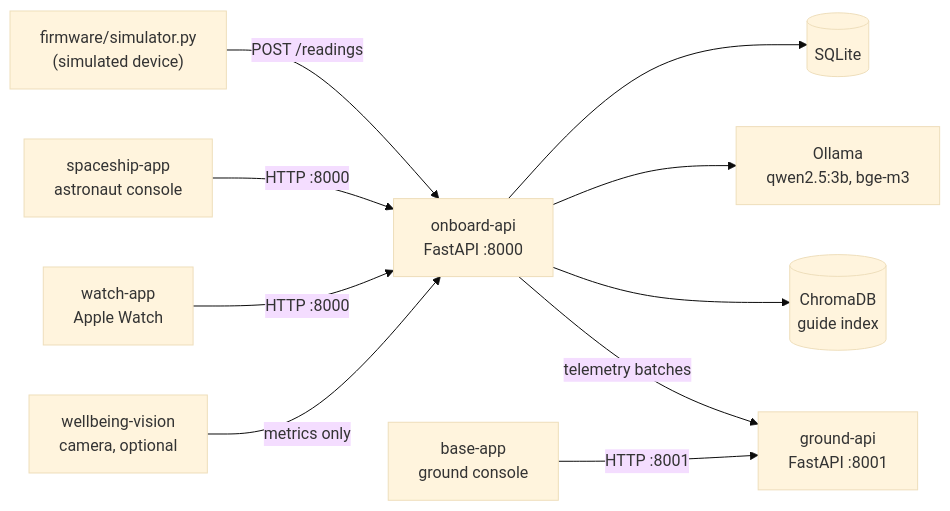
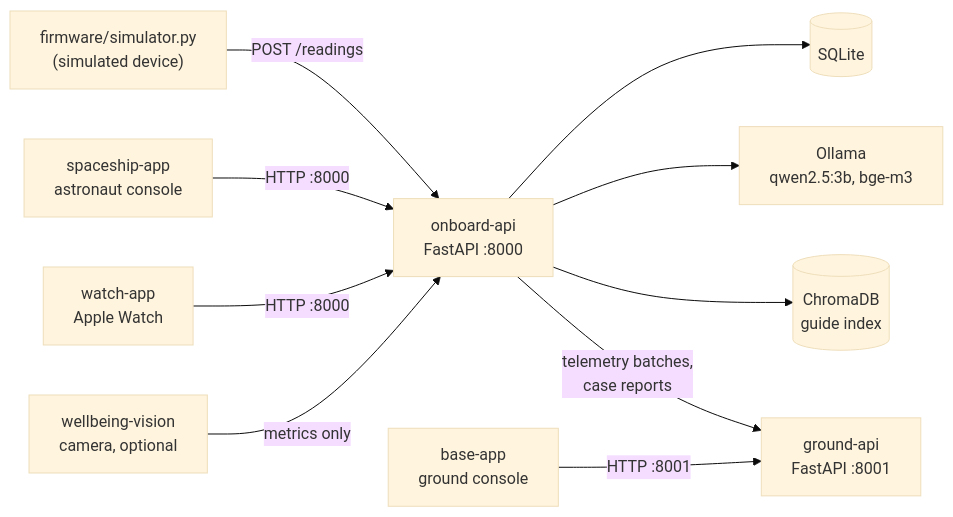
Before and after one commit to rubenyh/SpaceApps-2026: the diagram in README.md, drawn with Mermaid (base theme). The commit also changed other lines of this file and 7 other files, not shown here.

````diff
--- a/README.md
+++ b/README.md
@@ -14,12 +14,12 @@
 ```mermaid
 flowchart LR
     Sim["firmware/simulator.py<br/>(simulated device)"] -- "POST /readings" --> API
     Console["spaceship-app<br/>astronaut console"] -- "HTTP :8000" --> API
     Watch["watch-app<br/>Apple Watch"] -- "HTTP :8000" --> API
     Vision["wellbeing-vision<br/>camera, optional"] -- "metrics only" --> API
     API["onboard-api<br/>FastAPI :8000"] --> DB[("SQLite")]
     API --> Ollama["Ollama<br/>qwen2.5:3b, bge-m3"]
     API --> Chroma[("ChromaDB<br/>guide index")]
-    API -- "telemetry batches" --> Ground["ground-api<br/>FastAPI :8001"]
+    API -- "telemetry batches,<br/>case reports" --> Ground["ground-api<br/>FastAPI :8001"]
     Base["base-app<br/>ground console"] -- "HTTP :8001" --> Ground
 ```
````
